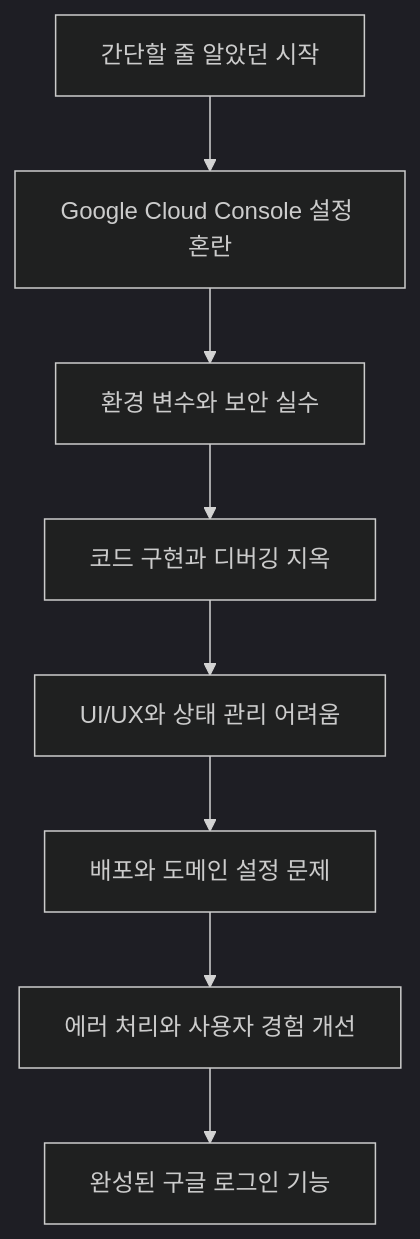
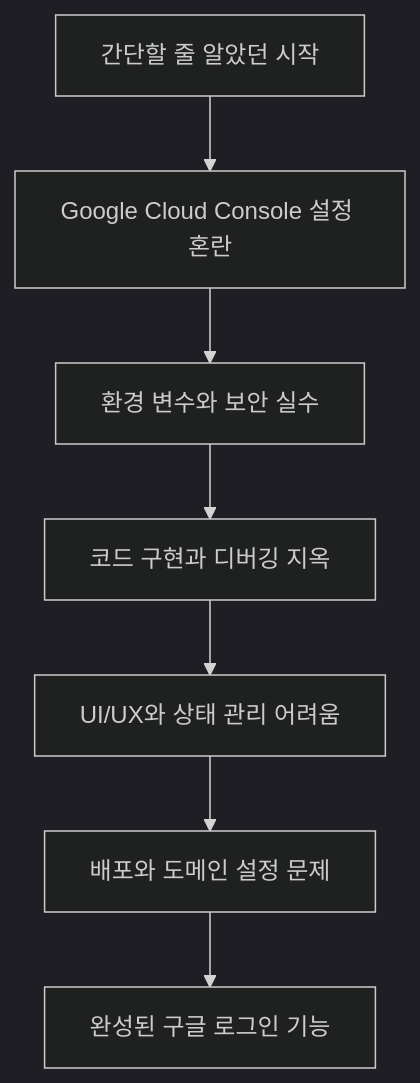
One commit to wintrover/blog changed the diagram in _posts/2025-07-18-5.md. Above: the diagram before and after it, drawn with Mermaid (dark theme). The commit also changed other lines of this file, not shown here.

````diff
--- a/_posts/2025-07-18-5.md
+++ b/_posts/2025-07-18-5.md
@@ -1346,10 +259,9 @@
 ```mermaid
 graph TD
     A[간단할 줄 알았던 시작] --> B[Google Cloud Console 설정 혼란]
     B --> C[환경 변수와 보안 실수]
     C --> D[코드 구현과 디버깅 지옥]
     D --> E[UI/UX와 상태 관리 어려움]
     E --> F[배포와 도메인 설정 문제]
-    F --> G[에러 처리와 사용자 경험 개선]
-    G --> H[완성된 구글 로그인 기능]
+    F --> G[완성된 구글 로그인 기능]
 ```
````
